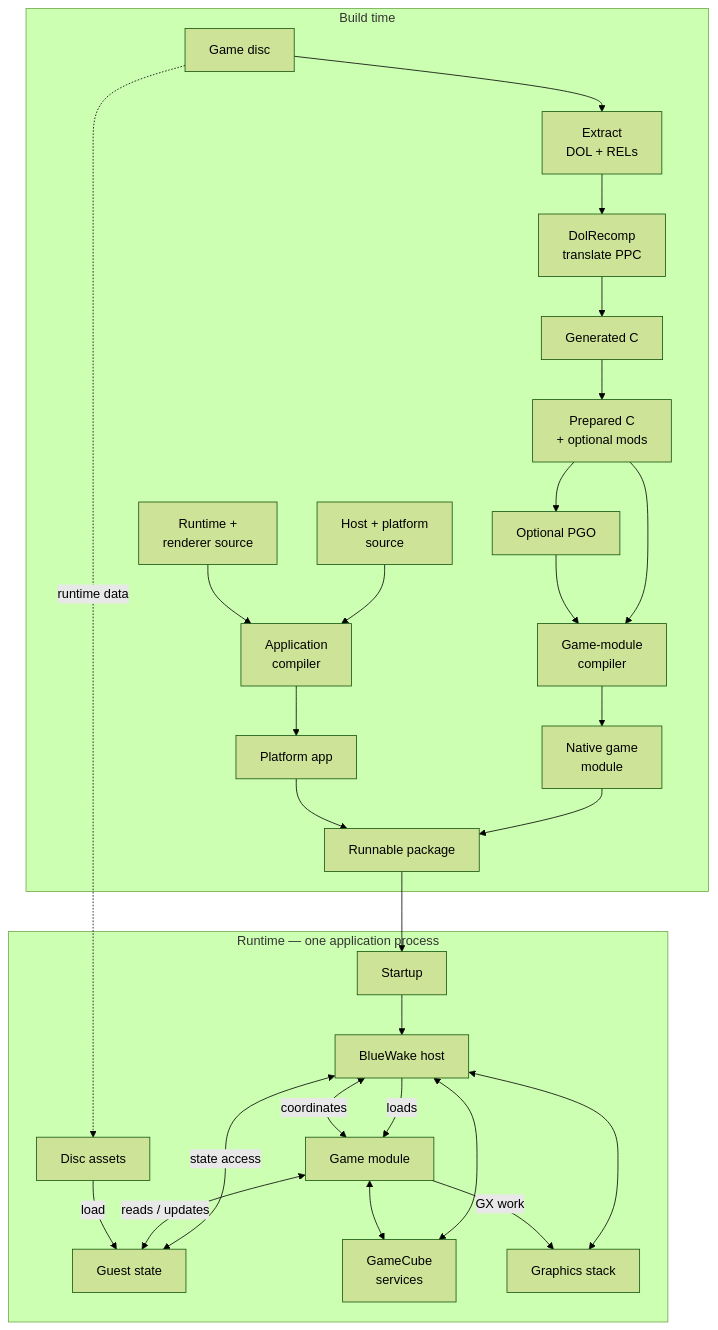
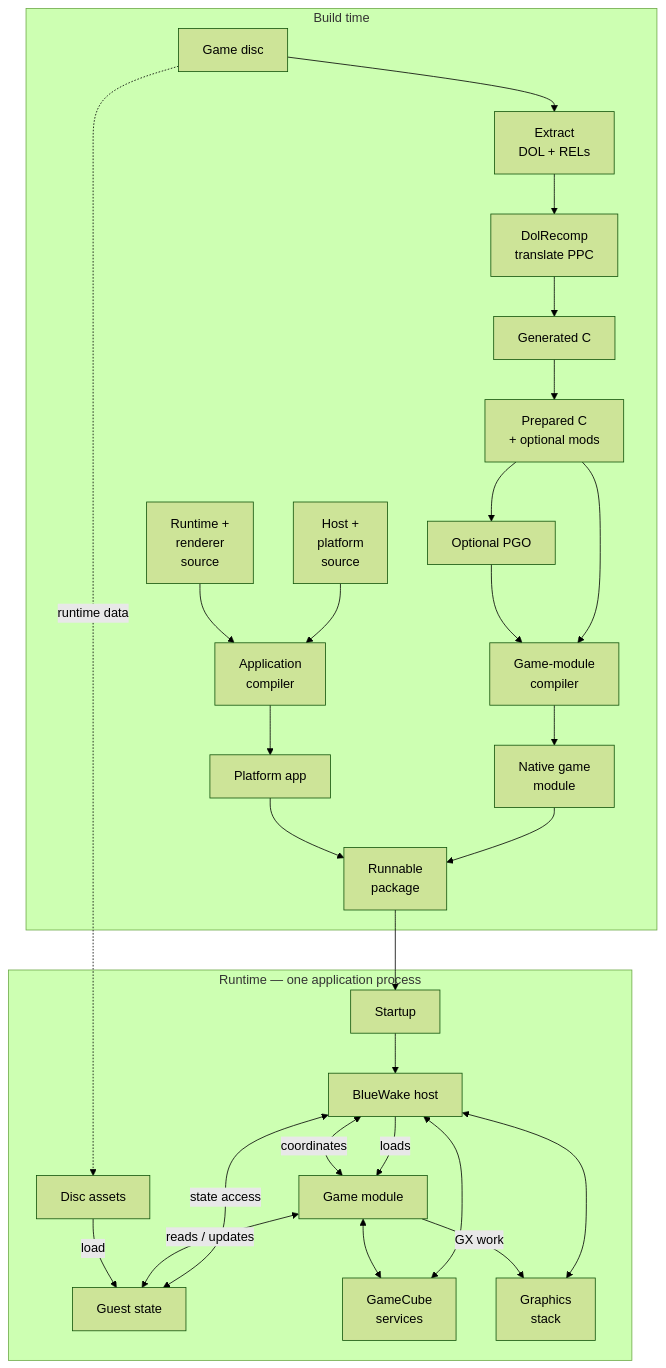
The diagram in docs/architecture/Overview.md (Aelbannan/boat_of_daphnes), drawn with Mermaid (forest theme) before and after one commit. The commit also changed 6 other files, not shown here.

Commit message:
docs: wrap Mermaid labels for GitHub width

````diff
--- a/docs/architecture/Overview.md
+++ b/docs/architecture/Overview.md
@@ -44,59 +44,64 @@
 ```mermaid
 flowchart TD
     subgraph Build["Build time"]
         Disc["Game disc"]
         Extract["`Extract
 DOL + RELs`"]
         Translator["`DolRecomp
 translate PPC`"]
         Generated["Generated C"]
         Prepared["`Prepared C
-+ optional mods`"]
++ optional
+mods`"]
         Training["Optional PGO"]
-        HostSource["`Host + platform
+        HostSource["`Host +
+platform
 source`"]
         RuntimeSource["`Runtime +
-renderer source`"]
+renderer
+source`"]
         GameCompiler["`Game-module
 compiler`"]
         AppCompiler["`Application
 compiler`"]
         GameModule["`Native game
 module`"]
         Executable["Platform app"]
-        Package["Runnable package"]
+        Package["`Runnable
+package`"]
 
         Disc --> Extract --> Translator --> Generated --> Prepared --> GameCompiler --> GameModule
         Prepared --> Training --> GameCompiler
         HostSource --> AppCompiler
         RuntimeSource --> AppCompiler
         AppCompiler --> Executable
         GameModule --> Package
         Executable --> Package
     end
 
     subgraph Runtime["Runtime — one application process"]
         Startup["Startup"]
         Host["BlueWake host"]
         Game["Game module"]
         Guest["Guest state"]
         Services["`GameCube
 services`"]
-        Graphics["Graphics stack"]
+        Graphics["`Graphics
+stack`"]
         Assets["Disc assets"]
 
         Startup --> Host
         Host -->|"loads"| Game
         Host <-->|"coordinates"| Game
         Host <-->|"state access"| Guest
         Game <-->|"reads / updates"| Guest
         Host <--> Services
         Game <--> Services
         Host <--> Graphics
         Game -->|"GX work"| Graphics
         Assets -->|"load"| Guest
     end
 
     Package --> Startup
     Disc -. "runtime data" .-> Assets
 ```
````
